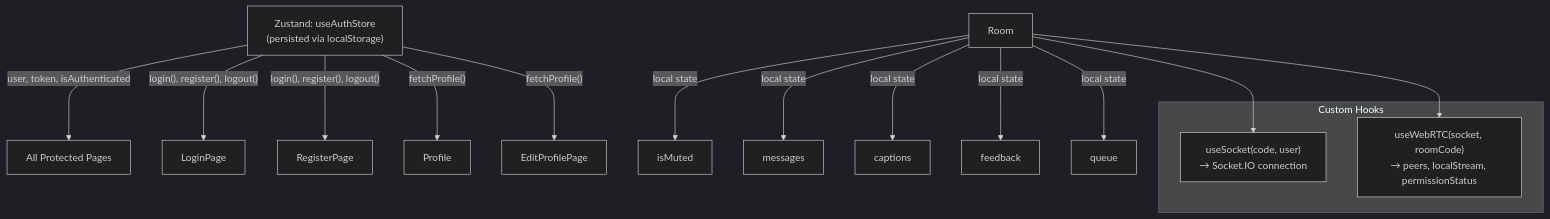
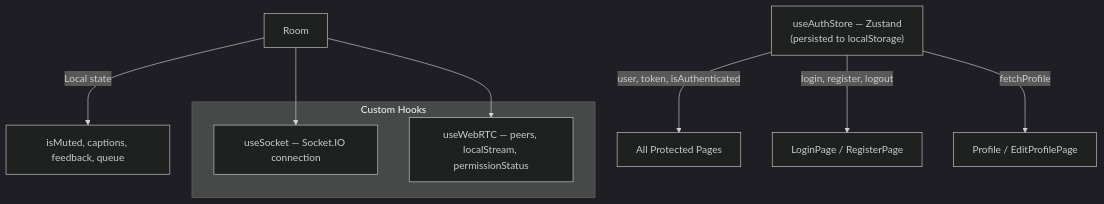
Before and after one commit to JahnviAghera/sp: the third of 14 diagrams in SpeakSpace_Project_Documentation.md, drawn with Mermaid (dark theme). The commit also changed other lines of this file, not shown here.

Commit message:
docs: overhaul project documentation with improved architecture descriptions, structural refinements, and updated technical diagrams

````diff
--- a/SpeakSpace_Project_Documentation.md
+++ b/SpeakSpace_Project_Documentation.md
@@ -136,18 +151,18 @@
 ```mermaid
 graph TD
-    useAuthStore["Zustand: useAuthStore\n(persisted via localStorage)"]
+    useAuthStore["useAuthStore — Zustand\n(persisted to localStorage)"]
 
-    useAuthStore -->|"user, token, isAuthenticated"| AllPages["All Protected Pages"]
-    useAuthStore -->|"login(), register(), logout()"| LoginPage & RegisterPage
-    useAuthStore -->|"fetchProfile()"| Profile & EditProfilePage
+    useAuthStore -->|"user, token, isAuthenticated"| Protected["All Protected Pages"]
+    useAuthStore -->|"login, register, logout"| Auth["LoginPage / RegisterPage"]
+    useAuthStore -->|"fetchProfile"| Profiles["Profile / EditProfilePage"]
 
-    Room -->|"local state"| isMuted & messages & captions & feedback & queue
+    Room -->|"Local state"| LocalState["isMuted, captions, feedback, queue"]
 
-    subgraph "Custom Hooks"
-        useSocket["useSocket(code, user)\n→ Socket.IO connection"]
-        useWebRTC["useWebRTC(socket, roomCode)\n→ peers, localStream, permissionStatus"]
+    subgraph Hooks["Custom Hooks"]
+        useSocket["useSocket — Socket.IO connection"]
+        useWebRTC["useWebRTC — peers, localStream, permissionStatus"]
     end
 
     Room --> useSocket
     Room --> useWebRTC
 ```
````
